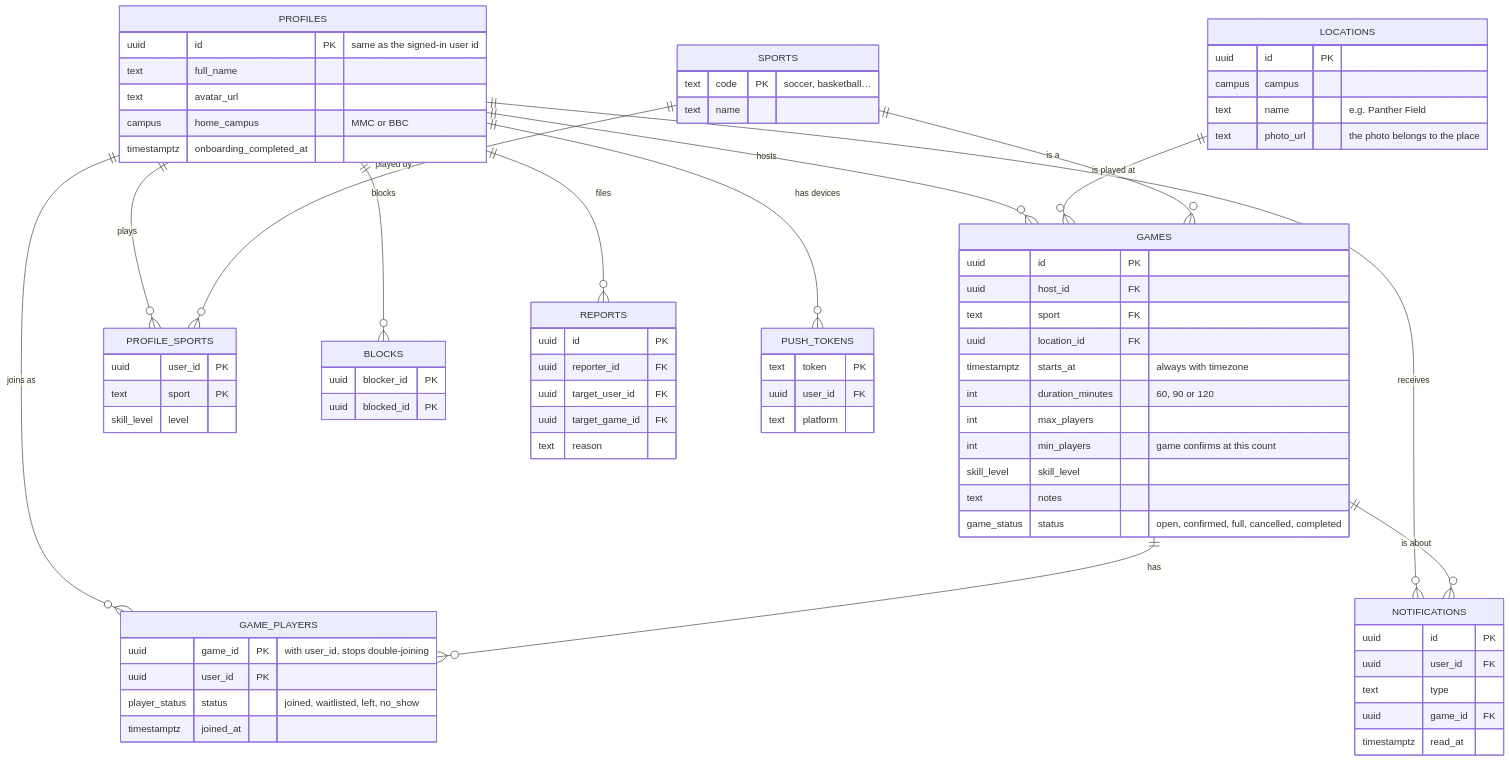
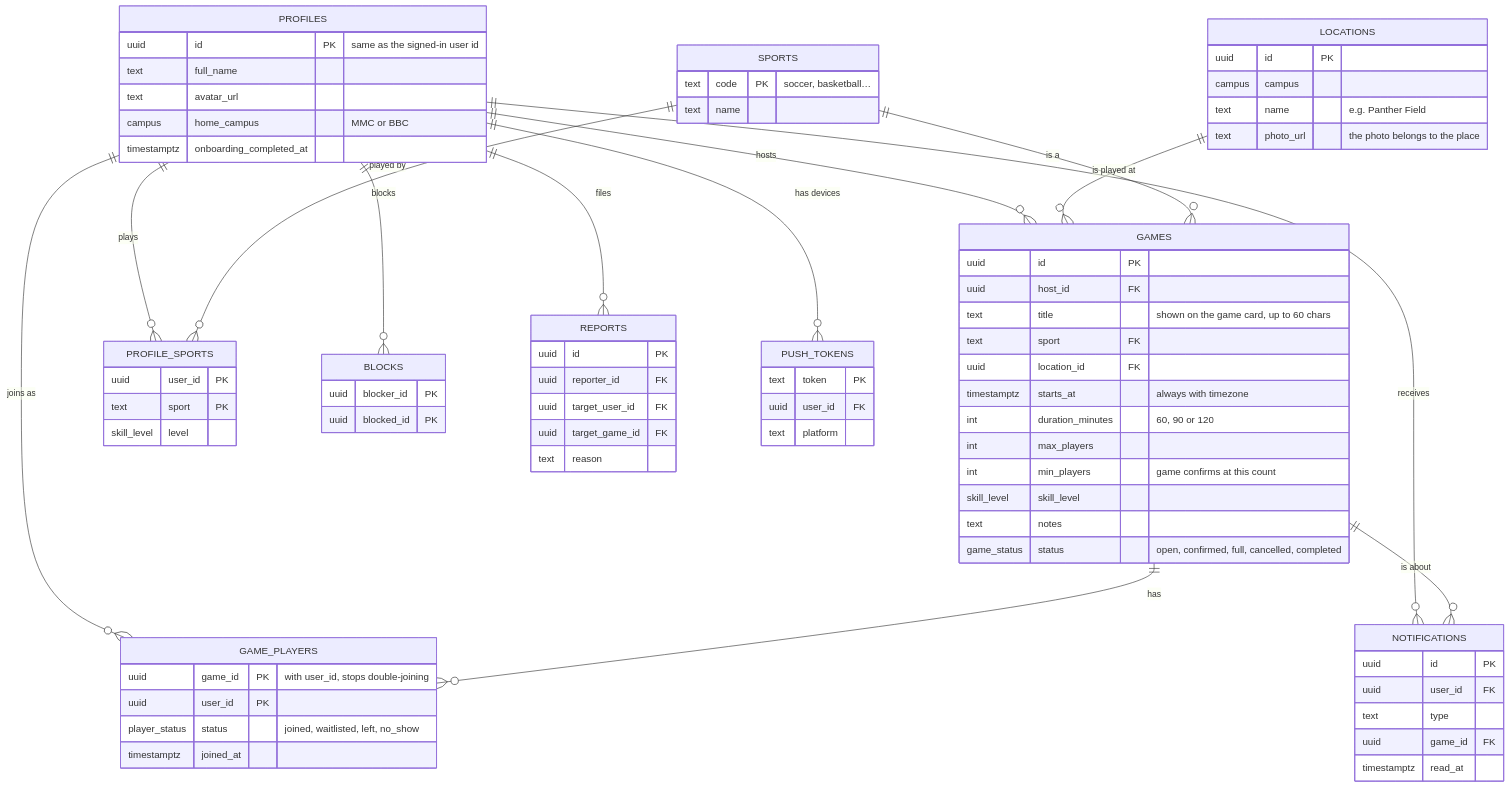
Before and after one commit to aymanlaassel/pantherplay: the fifth of 9 diagrams in docs/ARCHITECTURE.md, drawn with Mermaid. The commit also changed other lines of this file and 6 other files, not shown here.

````diff
--- a/docs/ARCHITECTURE.md
+++ b/docs/ARCHITECTURE.md
@@ -233,80 +233,81 @@
 ```mermaid
 erDiagram
   PROFILES ||--o{ GAMES : "hosts"
   PROFILES ||--o{ GAME_PLAYERS : "joins as"
   GAMES ||--o{ GAME_PLAYERS : "has"
   LOCATIONS ||--o{ GAMES : "is played at"
   SPORTS ||--o{ GAMES : "is a"
   PROFILES ||--o{ PROFILE_SPORTS : "plays"
   SPORTS ||--o{ PROFILE_SPORTS : "played by"
   PROFILES ||--o{ NOTIFICATIONS : "receives"
   GAMES ||--o{ NOTIFICATIONS : "is about"
   PROFILES ||--o{ BLOCKS : "blocks"
   PROFILES ||--o{ REPORTS : "files"
   PROFILES ||--o{ PUSH_TOKENS : "has devices"
 
   PROFILES {
     uuid id PK "same as the signed-in user id"
     text full_name
     text avatar_url
     campus home_campus "MMC or BBC"
     timestamptz onboarding_completed_at
   }
   GAMES {
     uuid id PK
     uuid host_id FK
+    text title "shown on the game card, up to 60 chars"
     text sport FK
     uuid location_id FK
     timestamptz starts_at "always with timezone"
     int duration_minutes "60, 90 or 120"
     int max_players
     int min_players "game confirms at this count"
     skill_level skill_level
     text notes
     game_status status "open, confirmed, full, cancelled, completed"
   }
   GAME_PLAYERS {
     uuid game_id PK "with user_id, stops double-joining"
     uuid user_id PK
     player_status status "joined, waitlisted, left, no_show"
     timestamptz joined_at
   }
   LOCATIONS {
     uuid id PK
     campus campus
     text name "e.g. Panther Field"
     text photo_url "the photo belongs to the place"
   }
   SPORTS {
     text code PK "soccer, basketball…"
     text name
   }
   PROFILE_SPORTS {
     uuid user_id PK
     text sport PK
     skill_level level
   }
   NOTIFICATIONS {
     uuid id PK
     uuid user_id FK
     text type
     uuid game_id FK
     timestamptz read_at
   }
   BLOCKS {
     uuid blocker_id PK
     uuid blocked_id PK
   }
   REPORTS {
     uuid id PK
     uuid reporter_id FK
     uuid target_user_id FK
     uuid target_game_id FK
     text reason
   }
   PUSH_TOKENS {
     text token PK
     uuid user_id FK
     text platform
   }
 ```
````
